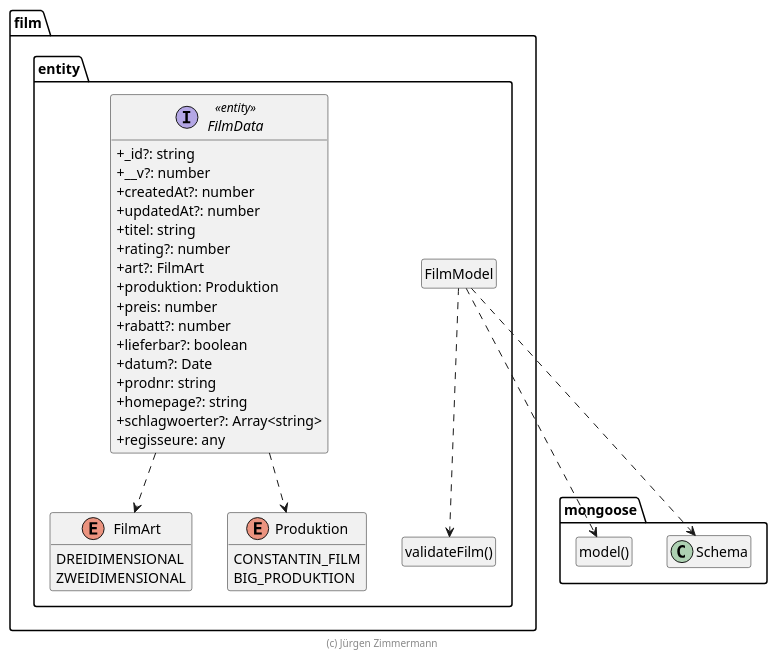
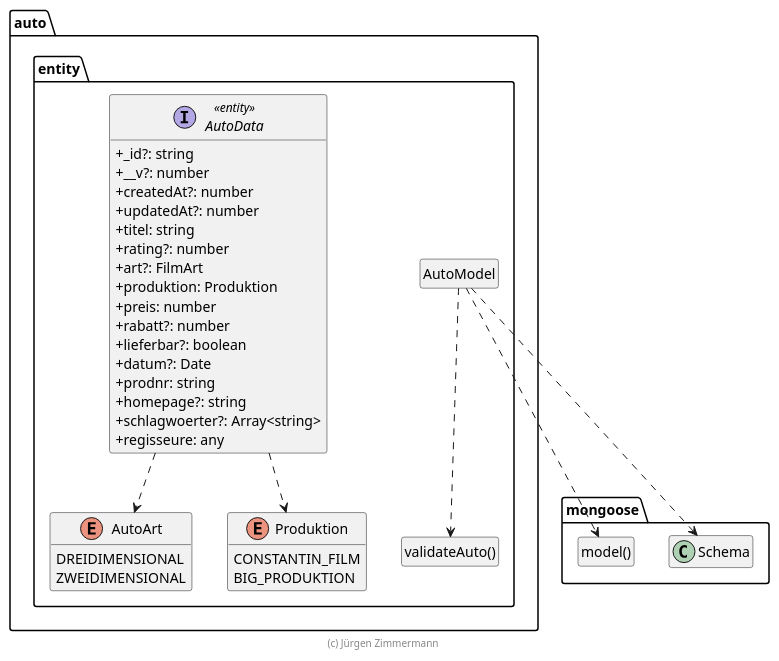
Before and after one commit to marcelmaerdian/SWE-SS21: the diagram in doc/entwicklerhandbuch/Auto.puml, drawn with PlantUML. The commit also changed 5 other files, not shown here.

```diff
--- a/doc/entwicklerhandbuch/Auto.puml
+++ b/doc/entwicklerhandbuch/Auto.puml
@@ -15,62 +15,62 @@
 @startuml Anwendungskern
 
 !pragma useNewPackage
 skinparam classAttributeIconSize 0
 skinparam componentStyle uml2
 
 package mongoose {
   class Schema
 
   class "model()" as model
   hide model circle
 }
 
-package film.entity {
-  class "validateFilm()" as validateFilm
-  hide validateFilm circle
+package auto.entity {
+  class "validateAuto()" as validateAuto
+  hide validateAuto circle
 
-  class FilmModel
-  hide FilmModel circle
+  class AutoModel
+  hide AutoModel circle
 
-  FilmModel ..> Schema
-  FilmModel ..> model
-  FilmModel ..> validateFilm
+  AutoModel ..> Schema
+  AutoModel ..> model
+  AutoModel ..> validateAuto
 
-  FilmData ..> FilmArt
-  FilmData ..> Produktion
+  AutoData ..> AutoArt
+  AutoData ..> Produktion
 
-  enum FilmArt {
+  enum AutoArt {
     DREIDIMENSIONAL
     ZWEIDIMENSIONAL
   }
 
   enum Produktion {
     CONSTANTIN_FILM
     BIG_PRODUKTION
   }
 
-  interface FilmData <<entity>> {
+  interface AutoData <<entity>> {
     + _id?: string
     + __v?: number
     + createdAt?: number
     + updatedAt?: number
     + titel: string
     + rating?: number
     + art?: FilmArt
     + produktion: Produktion
     + preis: number
     + rabatt?: number
     + lieferbar?: boolean
     + datum?: Date
     + prodnr: string
     + homepage?: string
     + schlagwoerter?: Array<string>
     + regisseure: any
   }
 }
 
 hide empty members
 
 footer (c) Jürgen Zimmermann
 
 @enduml
```
